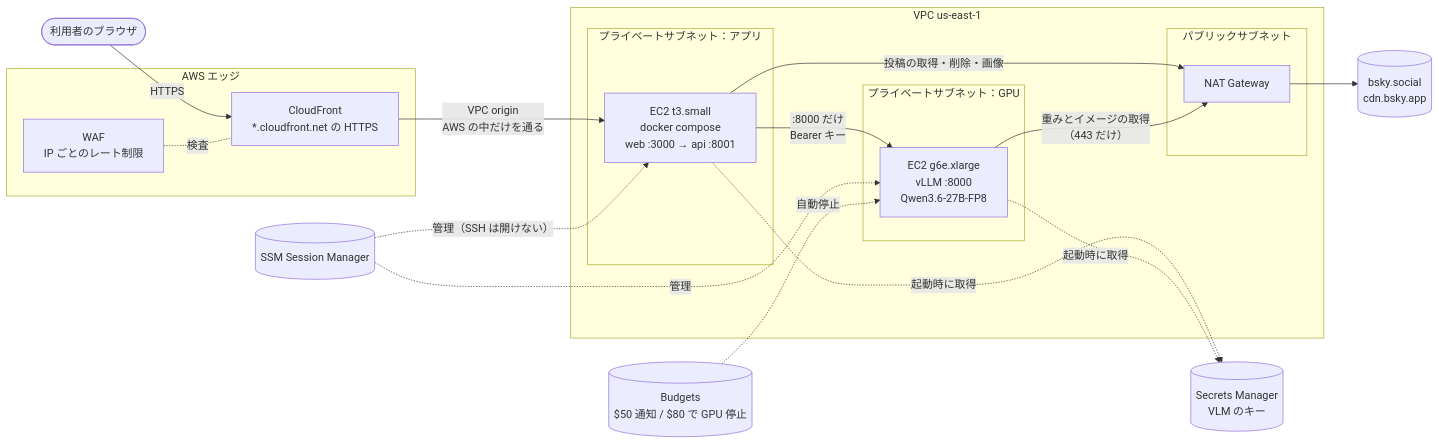
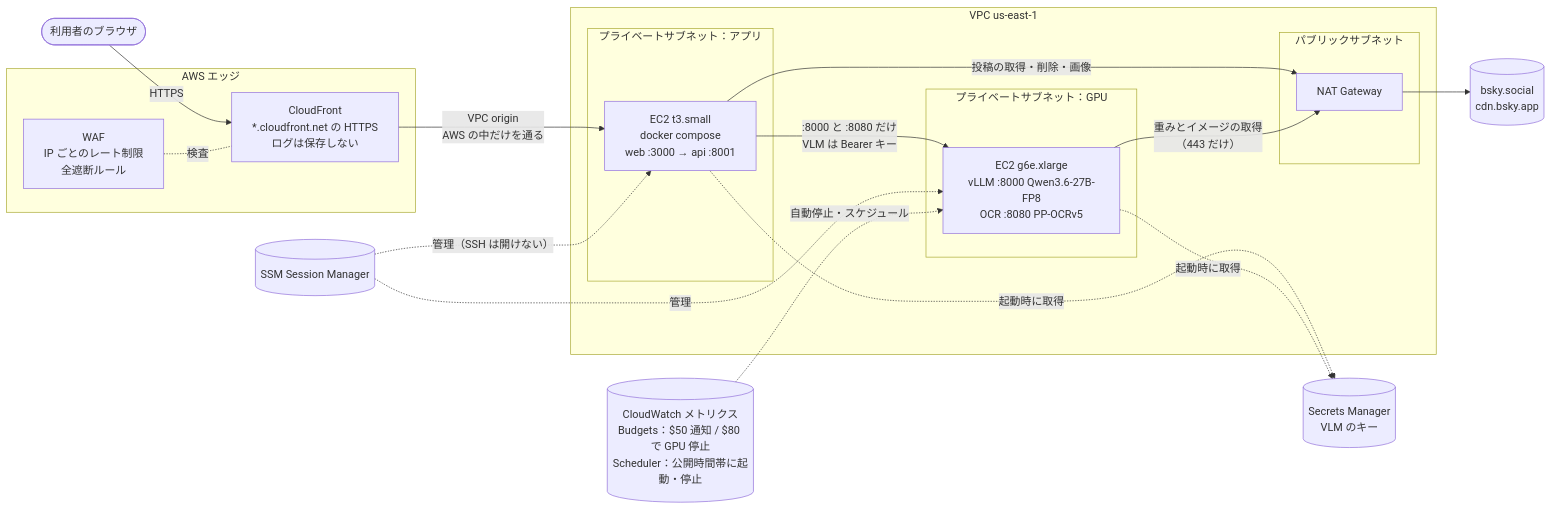
The diagram in docs/aws-migration.md (jphacks/tkb_2613), drawn with Mermaid before and after one commit. The commit also changed other lines of this file, not shown here.

````diff
--- a/docs/aws-migration.md
+++ b/docs/aws-migration.md
@@ -34,35 +35,35 @@
 ```mermaid
 flowchart LR
   user([利用者のブラウザ])
   subgraph edge[AWS エッジ]
-    cf[CloudFront<br/>*.cloudfront.net の HTTPS]
-    waf[WAF<br/>IP ごとのレート制限]
+    cf[CloudFront<br/>*.cloudfront.net の HTTPS<br/>ログは保存しない]
+    waf[WAF<br/>IP ごとのレート制限<br/>全遮断ルール]
   end
   subgraph vpc[VPC us-east-1]
     subgraph pub[パブリックサブネット]
       nat[NAT Gateway]
     end
     subgraph app_sn[プライベートサブネット：アプリ]
       app[EC2 t3.small<br/>docker compose<br/>web :3000 → api :8001]
     end
     subgraph gpu_sn[プライベートサブネット：GPU]
-      gpu[EC2 g6e.xlarge<br/>vLLM :8000<br/>Qwen3.6-27B-FP8]
+      gpu[EC2 g6e.xlarge<br/>vLLM :8000 Qwen3.6-27B-FP8<br/>OCR :8080 PP-OCRv5]
     end
   end
   bsky[(bsky.social<br/>cdn.bsky.app)]
   sm[(Secrets Manager<br/>VLM のキー)]
   ssm[(SSM Session Manager)]
-  budgets[(Budgets<br/>$50 通知 / $80 で GPU 停止)]
+  cw[(CloudWatch メトリクス<br/>Budgets：$50 通知 / $80 で GPU 停止<br/>Scheduler：公開時間帯に起動・停止)]
 
   user -- HTTPS --> cf
   waf -. 検査 .- cf
   cf -- VPC origin<br/>AWS の中だけを通る --> app
-  app -- ":8000 だけ<br/>Bearer キー" --> gpu
+  app -- ":8000 と :8080 だけ<br/>VLM は Bearer キー" --> gpu
   app -- 投稿の取得・削除・画像 --> nat --> bsky
   gpu -- 重みとイメージの取得<br/>（443 だけ） --> nat
   app -. 起動時に取得 .-> sm
   gpu -. 起動時に取得 .-> sm
   ssm -. 管理（SSH は開けない） .-> app
   ssm -. 管理 .-> gpu
-  budgets -. 自動停止 .-> gpu
+  cw -. 自動停止・スケジュール .-> gpu
 ```
````
